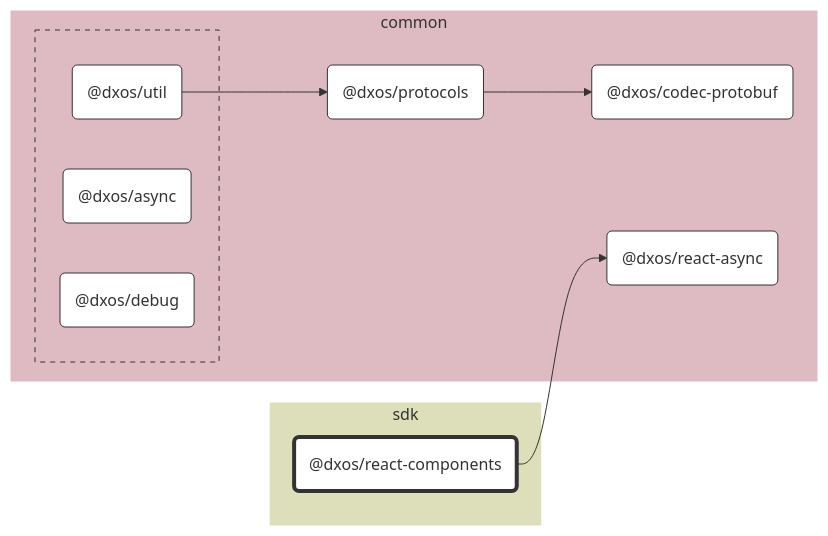
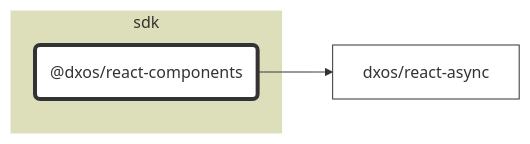
The diagram in packages/sdk/react-components/docs/README.md (dxos/dxos), drawn with Mermaid before and after one commit. The commit also changed 84 other files, not shown here.

````diff
--- a/packages/sdk/react-components/docs/README.md
+++ b/packages/sdk/react-components/docs/README.md
@@ -7,56 +7,21 @@
 ```mermaid
 %%{ init: {'flowchart':{'curve':'basis'}} }%%
 
 flowchart LR
 
-%% Links
-dxos/protocols --> dxos/codec-protobuf;
-dxos/react-components --> dxos/react-async;
-dxos/util --> dxos/protocols;
+%% Classes
+classDef default fill:#fff,stroke:#333,stroke-width:1px
+classDef root fill:#fff,stroke:#333,stroke-width:4px
 
-%% Sections
-subgraph sdk
-  style sdk fill:#dddeba,stroke:#fff;
+%% Nodes
 
-  dxos/react-components("@dxos/react-components")
+subgraph sdk [sdk]
+  style sdk fill:#dddeba,stroke:#fff
+  dxos/react-components("@dxos/react-components"):::root
+  click dxos/react-components "dxos/dxos/tree/main/packages/sdk/react-components/docs"
 end
 
-subgraph common
-  style common fill:#debac2,stroke:#fff;
-
-  dxos/codec-protobuf("@dxos/codec-protobuf")
-  dxos/protocols("@dxos/protocols")
-  dxos/react-async("@dxos/react-async")
-
-  subgraph common-excluded [ ]
-    style common-excluded fill:#debac2,stroke:#333,stroke-dasharray:5 5;
-
-    dxos/async("@dxos/async")
-    dxos/debug("@dxos/debug")
-    dxos/util("@dxos/util")
-  end
-end
-
-
-%% Hyperlinks
-click dxos/async "dxos/dxos/tree/main/packages/common/async/docs";
-click dxos/codec-protobuf "dxos/dxos/tree/main/packages/common/codec-protobuf/docs";
-click dxos/debug "dxos/dxos/tree/main/packages/common/debug/docs";
-click dxos/protocols "dxos/dxos/tree/main/packages/common/protocols/docs";
-click dxos/react-async "dxos/dxos/tree/main/packages/common/react-async/docs";
-click dxos/util "dxos/dxos/tree/main/packages/common/util/docs";
-
-%% Styles
-classDef rootNode fill:#fff,stroke:#333,stroke-width:4px
-classDef defaultNode fill:#fff,stroke:#333,stroke-width:1px
+%% Links
 linkStyle default stroke:#333,stroke-width:1px
-
-dxos/react-components:::rootNode
-
-dxos/async:::defaultNode
-dxos/codec-protobuf:::defaultNode
-dxos/debug:::defaultNode
-dxos/protocols:::defaultNode
-dxos/react-async:::defaultNode
-dxos/util:::defaultNode
+dxos/react-components --> dxos/react-async
 ```
````
